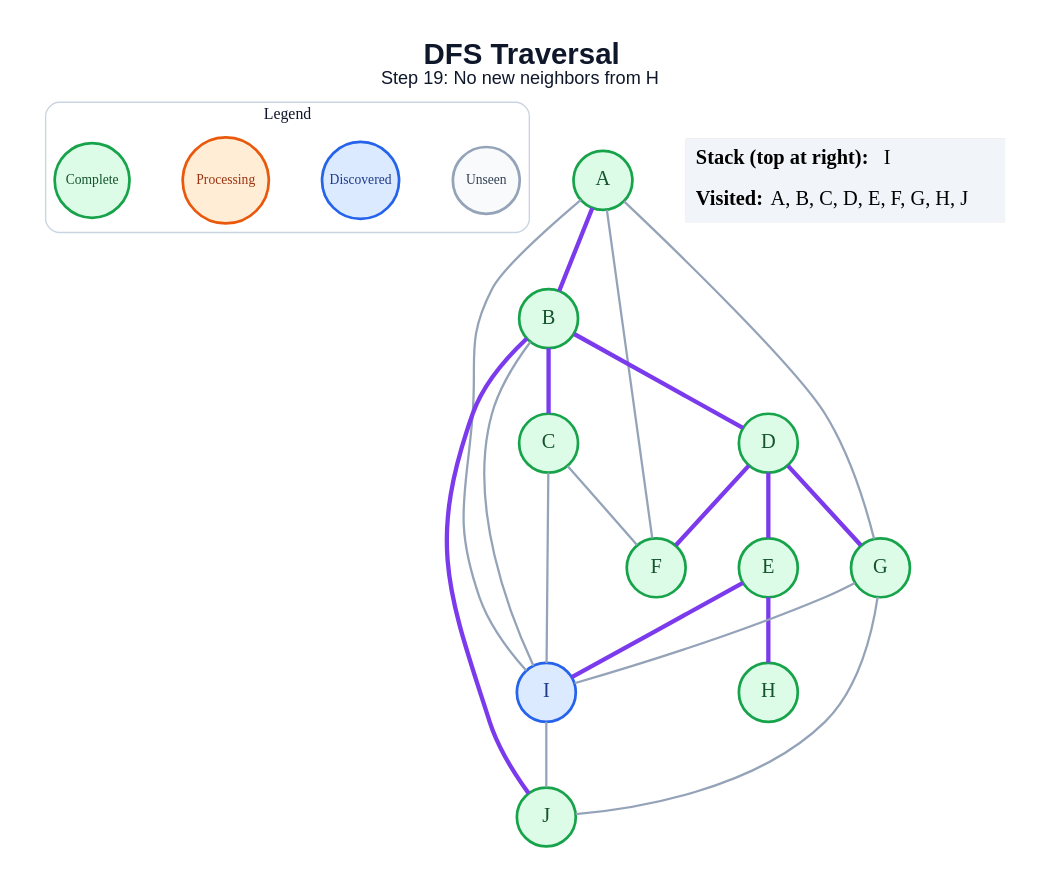
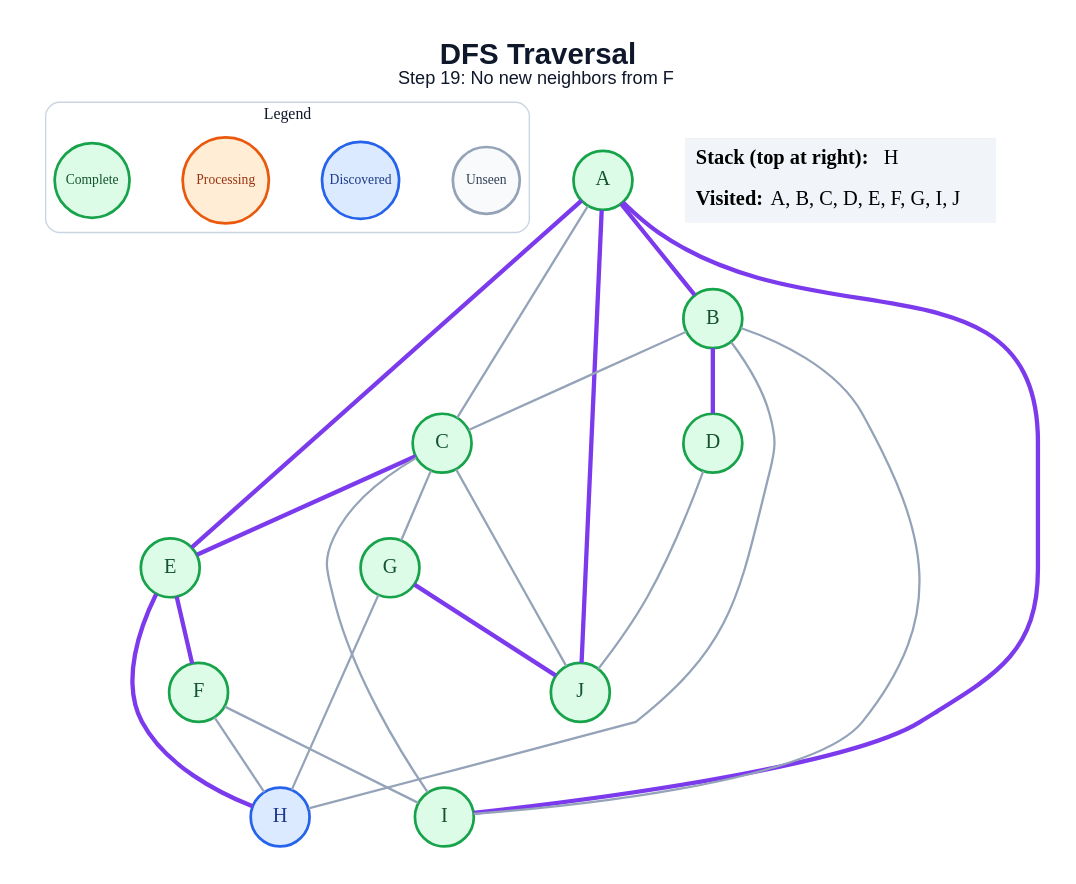
The diagram in generated/specific-node/dfs/step_19.dot (anon7238593-create/ai-slop), drawn with Graphviz before and after one commit. The commit also changed 178 other files, not shown here.

```diff
--- a/generated/specific-node/dfs/step_19.dot
+++ b/generated/specific-node/dfs/step_19.dot
@@ -1,47 +1,49 @@
 graph traversal {
   graph [layout=dot, rankdir=TB, bgcolor="#FFFFFF", pad="0.35", nodesep="0.65", ranksep="0.8", fontname="Arial"];
   node [shape=circle, style="filled", fontname="Arial Bold", fontsize=18, width=0.72, fixedsize=true, penwidth=2.4];
   edge [color="#94A3B8", penwidth=2.0];
-  label=<<B>DFS Traversal</B><BR/><FONT POINT-SIZE="16">Step 19: No new neighbors from H</FONT>>; labelloc="t"; fontsize=26; fontname="Arial"; fontcolor="#0F172A";
+  label=<<B>DFS Traversal</B><BR/><FONT POINT-SIZE="16">Step 19: No new neighbors from F</FONT>>; labelloc="t"; fontsize=26; fontname="Arial"; fontcolor="#0F172A";
   subgraph cluster_legend { label="Legend"; color="#CBD5E1"; penwidth=1.2; style="rounded"; fontsize=14; fontname="Arial Bold";
     key_unseen [label="Unseen", fillcolor="#F8FAFC", color="#94A3B8", fontcolor="#334155", fontsize=12, width=0.82];
     key_frontier [label="Discovered", fillcolor="#DBEAFE", color="#2563EB", fontcolor="#1E3A8A", fontsize=12, width=0.95];
     key_current [label="Processing", fillcolor="#FFEDD5", color="#EA580C", fontcolor="#9A3412", fontsize=12, width=1.05];
     key_done [label="Complete", fillcolor="#DCFCE7", color="#16A34A", fontcolor="#14532D", fontsize=12, width=0.92];
     { rank=same; key_unseen; key_frontier; key_current; key_done; }
   }
   A [fillcolor="#DCFCE7", color="#16A34A", fontcolor="#14532D"];
   B [fillcolor="#DCFCE7", color="#16A34A", fontcolor="#14532D"];
   C [fillcolor="#DCFCE7", color="#16A34A", fontcolor="#14532D"];
   D [fillcolor="#DCFCE7", color="#16A34A", fontcolor="#14532D"];
   E [fillcolor="#DCFCE7", color="#16A34A", fontcolor="#14532D"];
   F [fillcolor="#DCFCE7", color="#16A34A", fontcolor="#14532D"];
   G [fillcolor="#DCFCE7", color="#16A34A", fontcolor="#14532D"];
-  H [fillcolor="#DCFCE7", color="#16A34A", fontcolor="#14532D"];
-  I [fillcolor="#DBEAFE", color="#2563EB", fontcolor="#1E3A8A"];
+  H [fillcolor="#DBEAFE", color="#2563EB", fontcolor="#1E3A8A"];
+  I [fillcolor="#DCFCE7", color="#16A34A", fontcolor="#14532D"];
   J [fillcolor="#DCFCE7", color="#16A34A", fontcolor="#14532D"];
   A -- B [color="#7C3AED", penwidth=3.8];
-  A -- F;
-  A -- G;
-  A -- I;
-  B -- C [color="#7C3AED", penwidth=3.8];
+  A -- C;
+  A -- E [color="#7C3AED", penwidth=3.8];
+  A -- I [color="#7C3AED", penwidth=3.8];
+  A -- J [color="#7C3AED", penwidth=3.8];
+  B -- C;
   B -- D [color="#7C3AED", penwidth=3.8];
+  B -- H;
   B -- I;
-  B -- J [color="#7C3AED", penwidth=3.8];
-  C -- F;
+  C -- E [color="#7C3AED", penwidth=3.8];
+  C -- G;
   C -- I;
-  D -- E [color="#7C3AED", penwidth=3.8];
-  D -- F [color="#7C3AED", penwidth=3.8];
-  D -- G [color="#7C3AED", penwidth=3.8];
+  C -- J;
+  D -- J;
+  E -- F [color="#7C3AED", penwidth=3.8];
   E -- H [color="#7C3AED", penwidth=3.8];
-  E -- I [color="#7C3AED", penwidth=3.8];
-  G -- I;
-  G -- J;
-  I -- J;
+  F -- H;
+  F -- I;
+  G -- H;
+  G -- J [color="#7C3AED", penwidth=3.8];
   status [shape=plain, fixedsize=false, width=0, height=0, margin=0, label=<
     <TABLE BORDER="0" CELLBORDER="0" CELLPADDING="7" BGCOLOR="#F1F5F9">
-      <TR><TD ALIGN="LEFT"><B>Stack (top at right):</B> I</TD></TR>
-      <TR><TD ALIGN="LEFT"><B>Visited:</B> A, B, C, D, E, F, G, H, J</TD></TR>
+      <TR><TD ALIGN="LEFT"><B>Stack (top at right):</B> H</TD></TR>
+      <TR><TD ALIGN="LEFT"><B>Visited:</B> A, B, C, D, E, F, G, I, J</TD></TR>
     </TABLE>
   >];
 }
```
